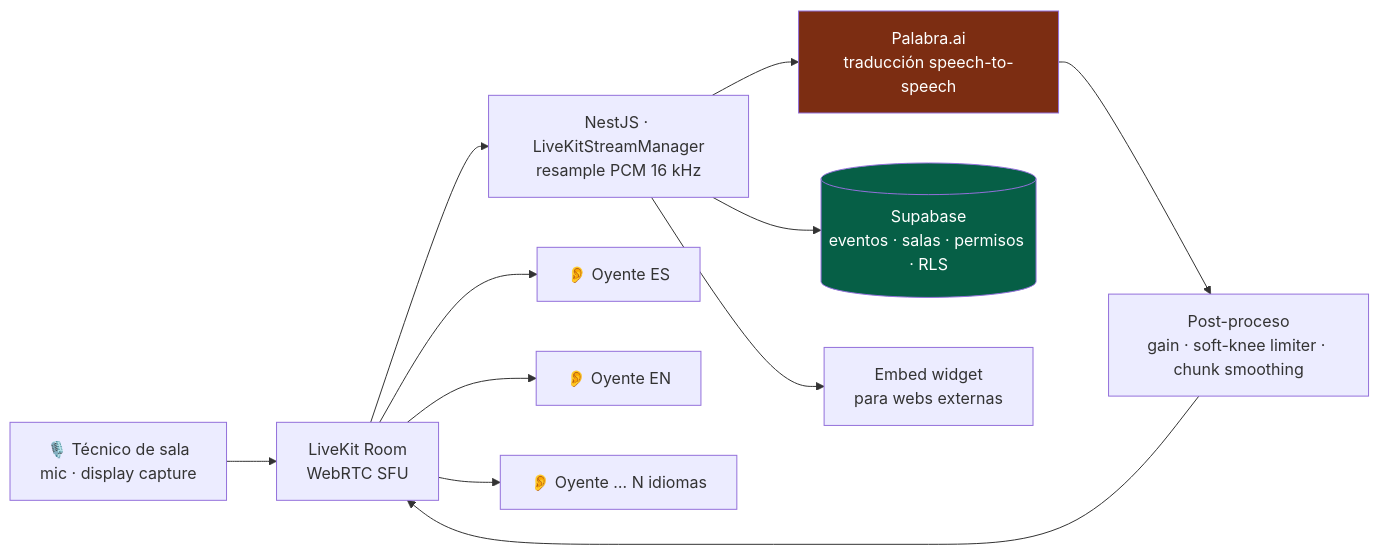
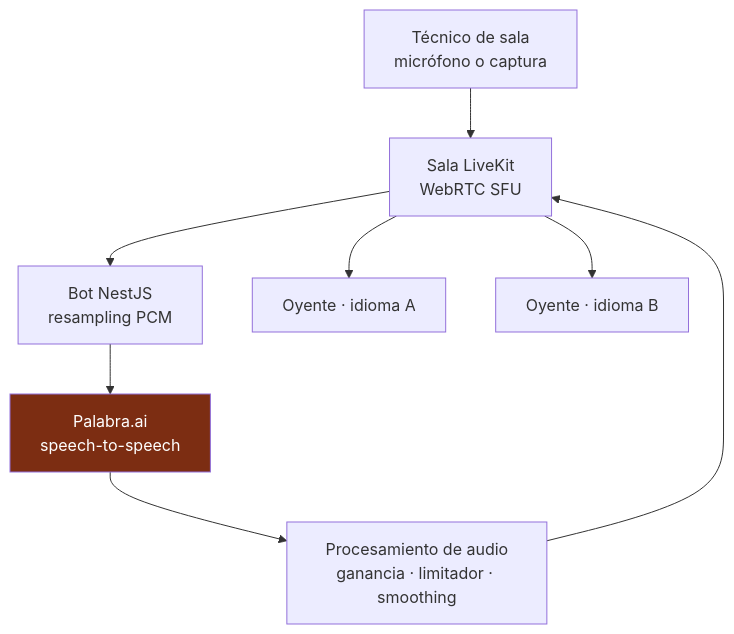
The first of 2 diagrams in projects/audionow.es.md (aleglope/production-systems-case-studies), drawn with Mermaid before and after one commit. The commit also changed other lines of this file and 25 other files, not shown here.

````diff
--- a/projects/audionow.es.md
+++ b/projects/audionow.es.md
@@ -19,17 +28,12 @@
 ```mermaid
-flowchart LR
-    TEC["🎙️ Técnico de sala<br/>mic · display capture"] --> LK["LiveKit Room<br/>WebRTC SFU"]
-    LK --> BOT["NestJS · LiveKitStreamManager<br/>resample PCM 16 kHz"]
-    BOT --> PAL["Palabra.ai<br/>traducción speech-to-speech"]
-    PAL --> MIX["Post-proceso<br/>gain · soft-knee limiter · chunk smoothing"]
+flowchart TB
+    TEC["Técnico de sala<br/>micrófono o captura"] --> LK["Sala LiveKit<br/>WebRTC SFU"]
+    LK --> BOT["Bot NestJS<br/>resampling PCM"]
+    BOT --> PAL["Palabra.ai<br/>speech-to-speech"]
+    PAL --> MIX["Procesamiento de audio<br/>ganancia · limitador · smoothing"]
     MIX --> LK
-    LK --> L1["👂 Oyente ES"]
-    LK --> L2["👂 Oyente EN"]
-    LK --> L3["👂 Oyente … N idiomas"]
+    LK --> L1["Oyente · idioma A"]
+    LK --> L2["Oyente · idioma B"]
 
-    BOT --> SUPA[("Supabase<br/>eventos · salas · permisos · RLS")]
-    BOT --> EMBED["Embed widget<br/>para webs externas"]
-
-    style SUPA fill:#065f46,color:#fff
     style PAL fill:#7c2d12,color:#fff
 ```
````
